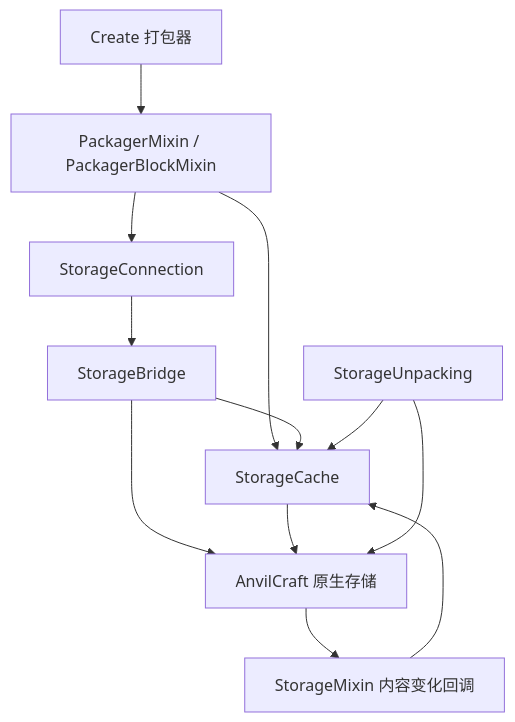
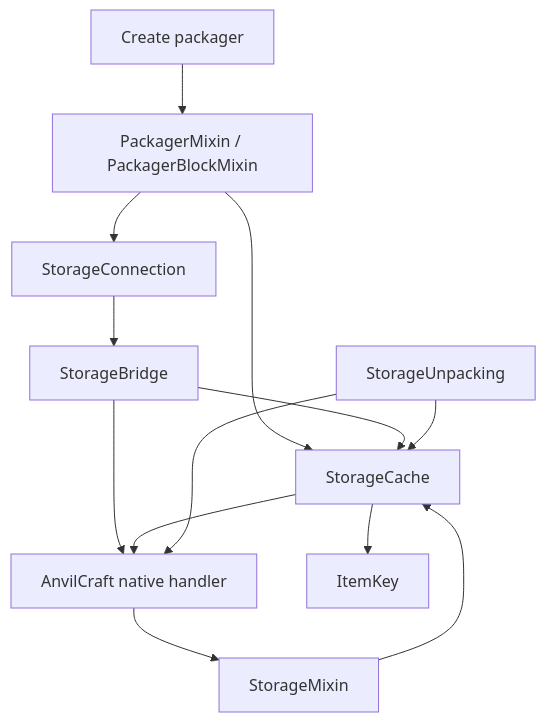
One commit to Icewater-661/AnvilCraft-PackageConnect changed the diagram in docs/architecture.md. Above: the diagram before and after it, drawn with Mermaid. The commit also changed other lines of this file and 15 other files, not shown here.

````diff
--- a/docs/architecture.md
+++ b/docs/architecture.md
@@ -20,14 +23,15 @@
 ```mermaid
 flowchart TD
-    Packager[Create 打包器] --> Mixins[PackagerMixin / PackagerBlockMixin]
+    Packager[Create packager] --> Mixins[PackagerMixin / PackagerBlockMixin]
     Mixins --> Connection[StorageConnection]
     Connection --> Bridge[StorageBridge]
     Mixins --> Cache[StorageCache]
     Bridge --> Cache
-    Bridge --> Storage[AnvilCraft 原生存储]
+    Bridge --> Storage[AnvilCraft native handler]
+    Cache --> Keys[ItemKey]
     Cache --> Storage
     Unpack[StorageUnpacking] --> Cache
     Unpack --> Storage
-    Storage --> Hook[StorageMixin 内容变化回调]
+    Storage --> Hook[StorageMixin]
     Hook --> Cache
 ```
````
